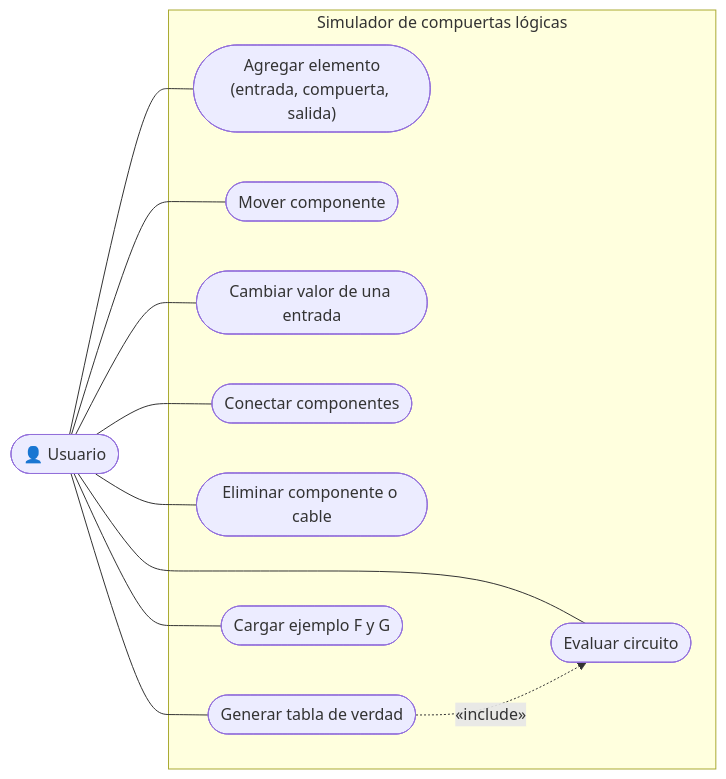
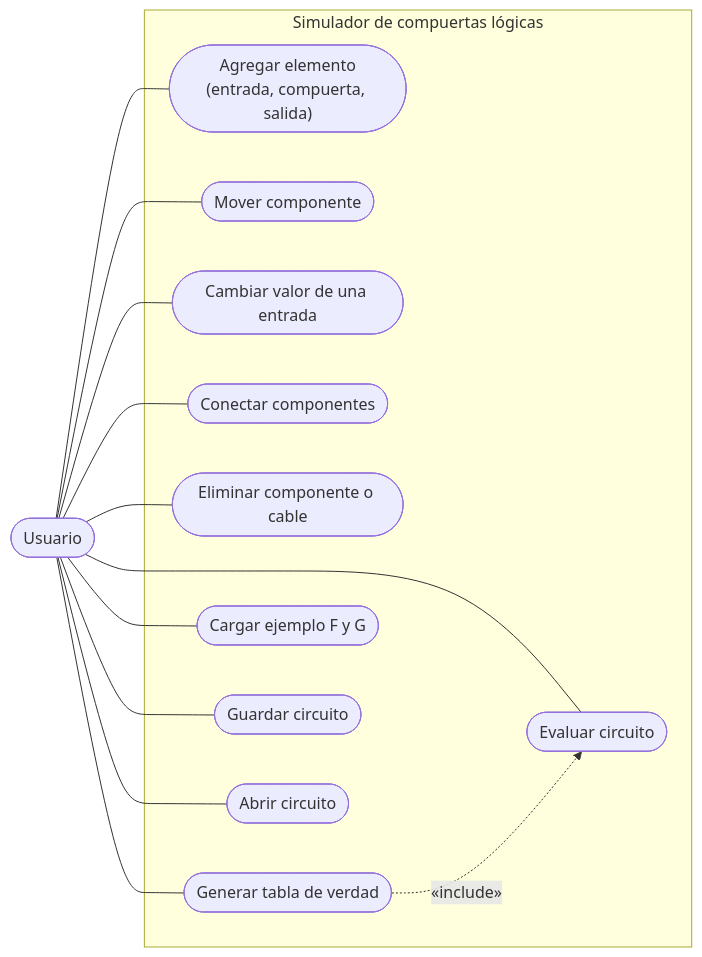
Before and after one commit to juanpa-prog/SimuladorCompuertasLogicas: the diagram in SimuladorCompuertasLogicas/docs/CasosDeUso.md, drawn with Mermaid. The commit also changed other lines of this file and 7 other files, not shown here.

Commit message:
docs: UML, casos de uso, formato de archivo, decisiones de diseno y pruebas

````diff
--- a/SimuladorCompuertasLogicas/docs/CasosDeUso.md
+++ b/SimuladorCompuertasLogicas/docs/CasosDeUso.md
@@ -5,23 +5,27 @@
 ```mermaid
 flowchart LR
-    U(["👤 Usuario"])
+    U([" Usuario"])
     subgraph Sistema["Simulador de compuertas lógicas"]
         CU1(["Agregar elemento<br/>(entrada, compuerta, salida)"])
         CU2(["Mover componente"])
         CU3(["Cambiar valor de una entrada"])
         CU4(["Conectar componentes"])
         CU5(["Eliminar componente o cable"])
         CU6(["Evaluar circuito"])
         CU7(["Generar tabla de verdad"])
         CU8(["Cargar ejemplo F y G"])
+        CU9(["Guardar circuito"])
+        CU10(["Abrir circuito"])
     end
     U --- CU1
     U --- CU2
     U --- CU3
     U --- CU4
     U --- CU5
     U --- CU6
     U --- CU7
     U --- CU8
+    U --- CU9
+    U --- CU10
     CU7 -. "«include»" .-> CU6
 ```
````
